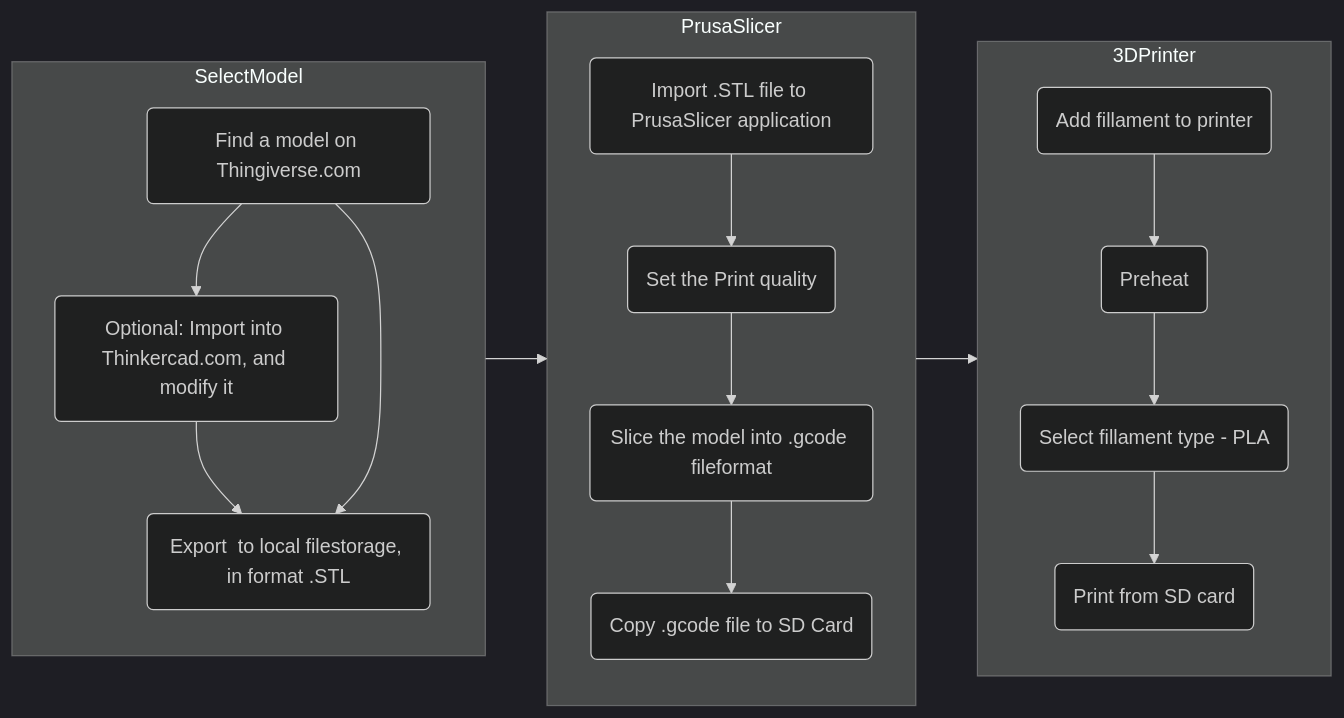
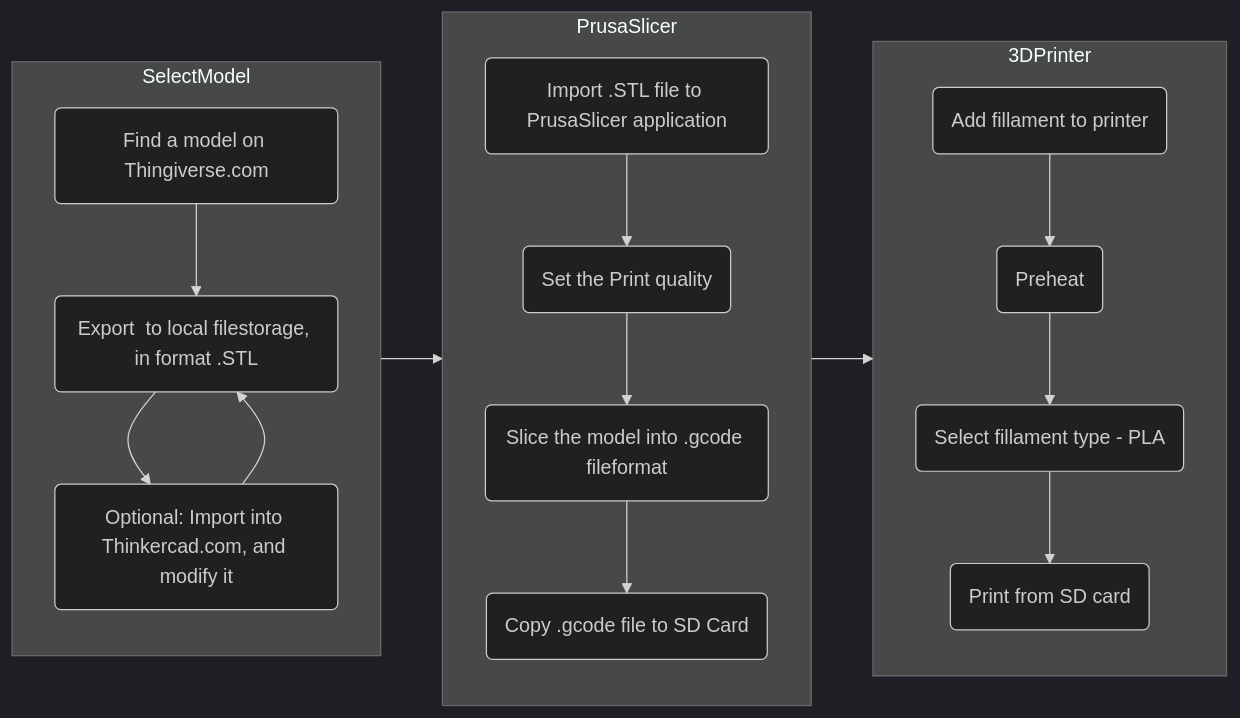
Before and after one commit to marmid74/playground: the diagram in README.md, drawn with Mermaid (dark theme).

````diff
--- a/README.md
+++ b/README.md
@@ -2,27 +2,29 @@
 ```mermaid
   flowchart LR;
     subgraph SelectModel
     direction TB
     A(Find a model on Thingiverse.com)
-    A-->C(Optional: Import into Thinkercad.com, and modify it)
-    C-->D(Export  to local filestorage, in format .STL)
-    A-->D 
+    C(Optional: Import into Thinkercad.com, and modify it)
+    D(Export  to local filestorage, in format .STL)
+    A-->D
+    D-->C
+    C-->D 
     end
 
     subgraph PrusaSlicer
     direction TB
     E(Import .STL file to PrusaSlicer application)-->F(Set the Print quality)
     F-->G(Slice the model into .gcode fileformat)
     G-->H(Copy .gcode file to SD Card)
     end
 
     subgraph 3DPrinter
     direction TB
     I(Add fillament to printer)-->J(Preheat)
     J-->K(Select fillament type - PLA)
     K-->L(Print from SD card)
     end
 
   SelectModel-->PrusaSlicer-->3DPrinter
 
 ```
````
